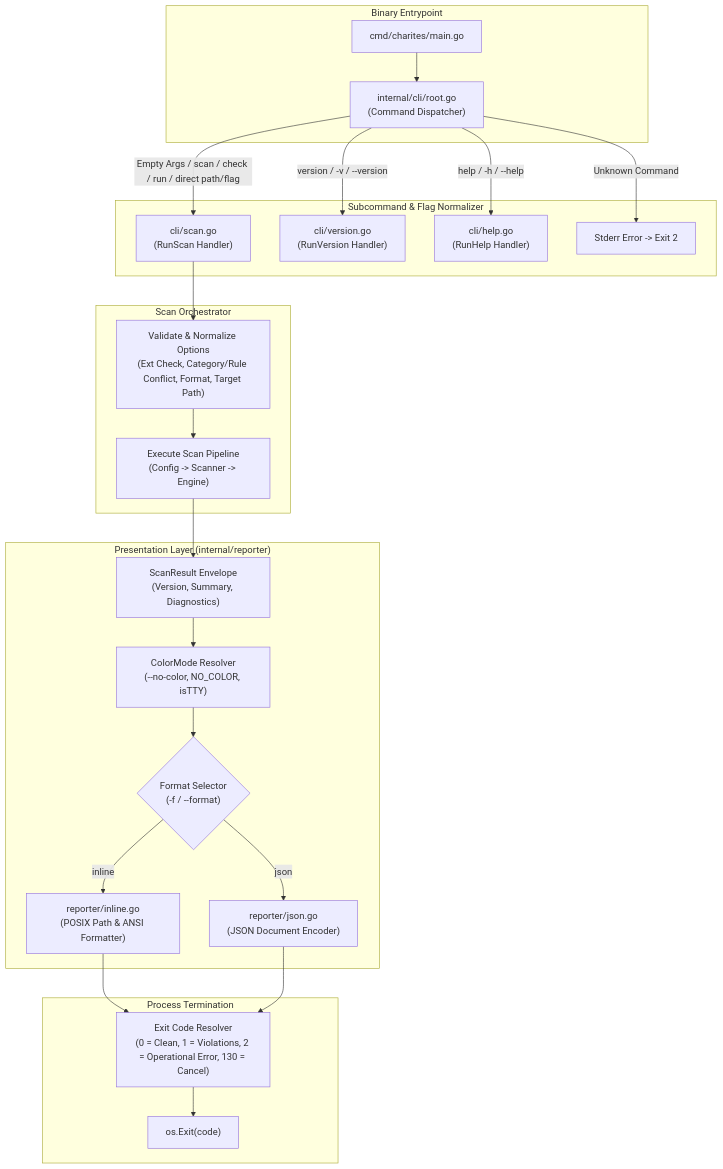
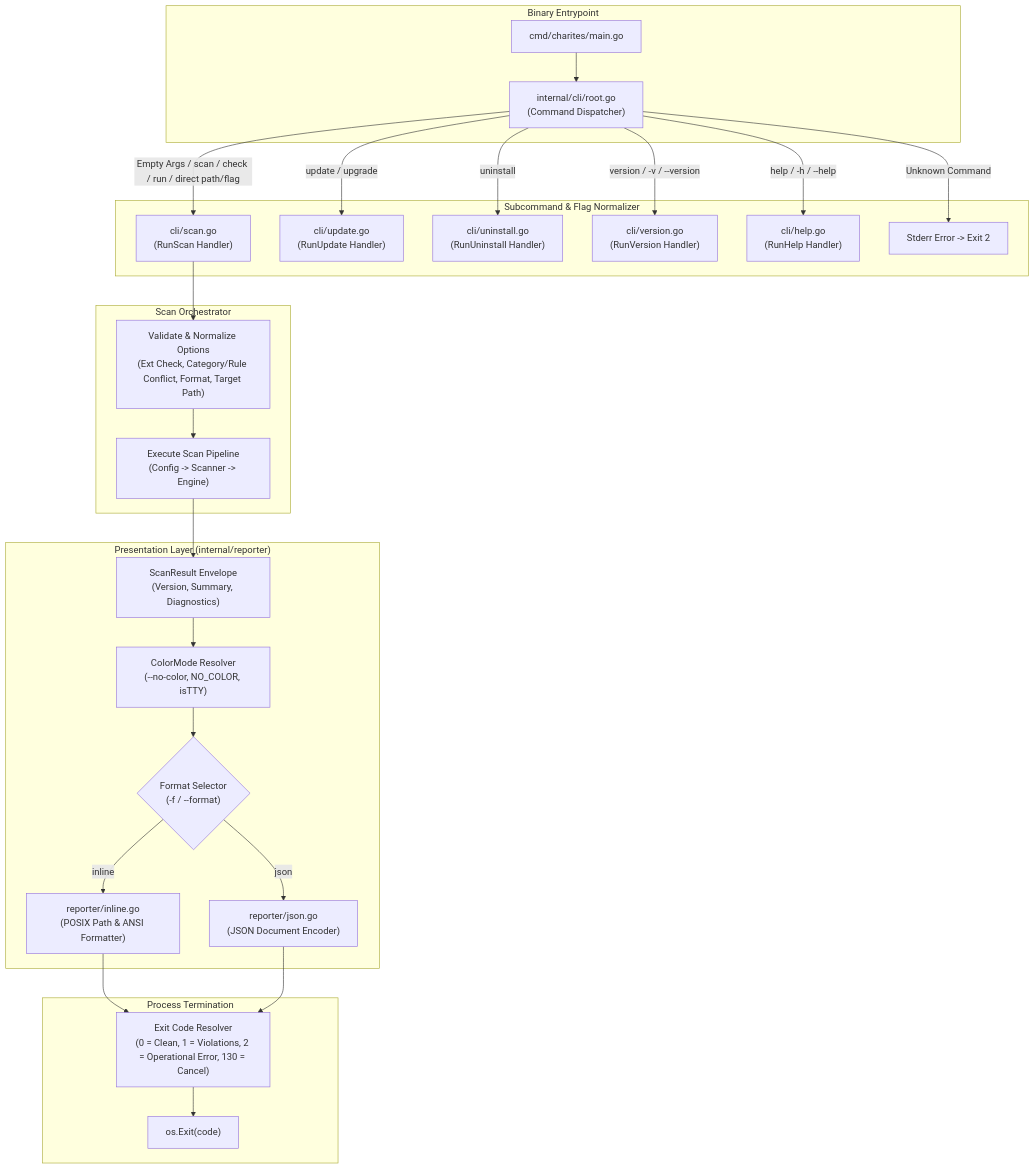
The diagram in docs/02-architecture/05-cli.md (will2469/charites), drawn with Mermaid before and after one commit. The commit also changed other lines of this file and 8 other files, not shown here.

Commit message:
feat: implement update and uninstall subcommands for CLI binary management

````diff
--- a/docs/02-architecture/05-cli.md
+++ b/docs/02-architecture/05-cli.md
@@ -17,32 +17,35 @@
 ```mermaid
 flowchart TD
     subgraph Entry ["Binary Entrypoint"]
         Main["cmd/charites/main.go"] --> Root["internal/cli/root.go\n(Command Dispatcher)"]
     end
 
     subgraph Dispatcher ["Subcommand & Flag Normalizer"]
         Root -->|Empty Args / scan / check / run / direct path/flag| ScanCmd["cli/scan.go\n(RunScan Handler)"]
+        Root -->|update / upgrade| UpdateCmd["cli/update.go\n(RunUpdate Handler)"]
+        Root -->|uninstall| UninstallCmd["cli/uninstall.go\n(RunUninstall Handler)"]
         Root -->|version / -v / --version| VersionCmd["cli/version.go\n(RunVersion Handler)"]
         Root -->|help / -h / --help| HelpCmd["cli/help.go\n(RunHelp Handler)"]
         Root -->|Unknown Command| ErrorHandler["Stderr Error -> Exit 2"]
     end
 
     subgraph Controller ["Scan Orchestrator"]
         ScanCmd --> Validator["Validate & Normalize Options\n(Ext Check, Category/Rule Conflict, Format, Target Path)"]
         Validator --> Orchestrate["Execute Scan Pipeline\n(Config -> Scanner -> Engine)"]
     end
 
     subgraph Presenter ["Presentation Layer (internal/reporter)"]
         Orchestrate --> Result["ScanResult Envelope\n(Version, Summary, Diagnostics)"]
-        Result --> ColorResolver["ColorMode Resolver\n(--no-color, NO_COLOR, isTTY)"]
+        ColorResolver["ColorMode Resolver\n(--no-color, NO_COLOR, isTTY)"]
+        Result --> ColorResolver
         ColorResolver --> FormatSwitch{"Format Selector\n(-f / --format)"}
         FormatSwitch -- "inline" --> Inline["reporter/inline.go\n(POSIX Path & ANSI Formatter)"]
         FormatSwitch -- "json" --> JSON["reporter/json.go\n(JSON Document Encoder)"]
     end
 
     subgraph Exit ["Process Termination"]
         Inline --> ExitResolver["Exit Code Resolver\n(0 = Clean, 1 = Violations, 2 = Operational Error, 130 = Cancel)"]
         JSON --> ExitResolver
         ExitResolver --> OSExit["os.Exit(code)"]
     end
 ```
````
